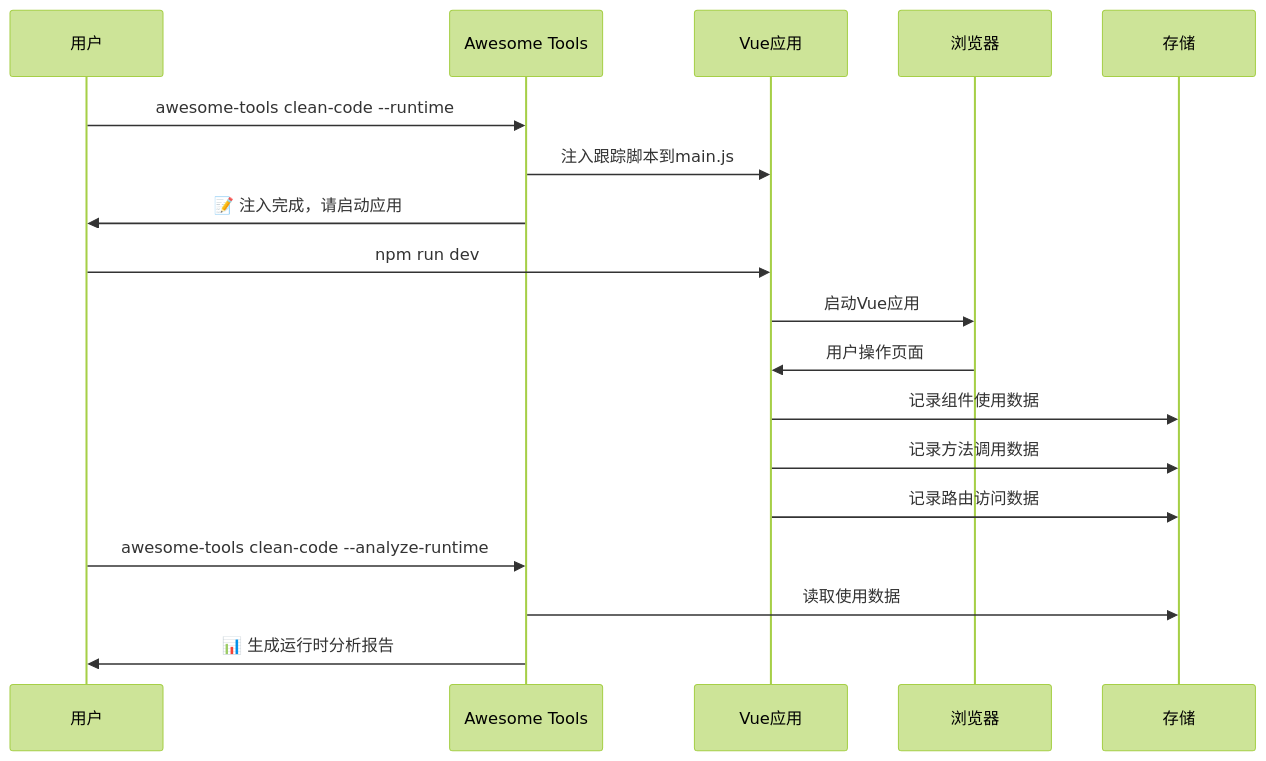
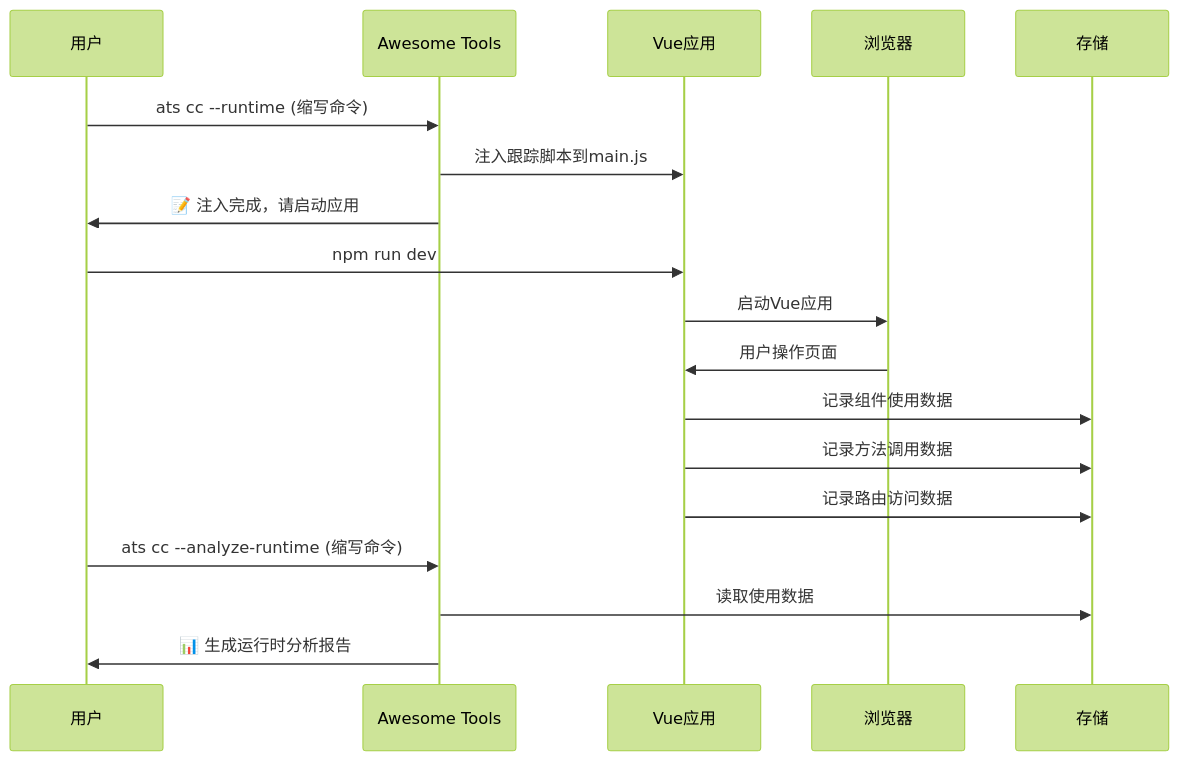
One commit to jinny76/awesome-tools changed the third of 5 diagrams in README.md. Above: the diagram before and after it, drawn with Mermaid (forest theme). The commit also changed other lines of this file, not shown here.

````diff
--- a/README.md
+++ b/README.md
@@ -602,21 +667,21 @@
 ```mermaid
 sequenceDiagram
     participant U as 用户
     participant T as Awesome Tools
     participant V as Vue应用
     participant B as 浏览器
     participant S as 存储
 
-    U->>T: awesome-tools clean-code --runtime
+    U->>T: ats cc --runtime (缩写命令)
     T->>V: 注入跟踪脚本到main.js
     T->>U: 📝 注入完成，请启动应用
     U->>V: npm run dev
     V->>B: 启动Vue应用
     B->>V: 用户操作页面
     V->>S: 记录组件使用数据
     V->>S: 记录方法调用数据
     V->>S: 记录路由访问数据
-    U->>T: awesome-tools clean-code --analyze-runtime
+    U->>T: ats cc --analyze-runtime (缩写命令)
     T->>S: 读取使用数据
     T->>U: 📊 生成运行时分析报告
 ```
````
